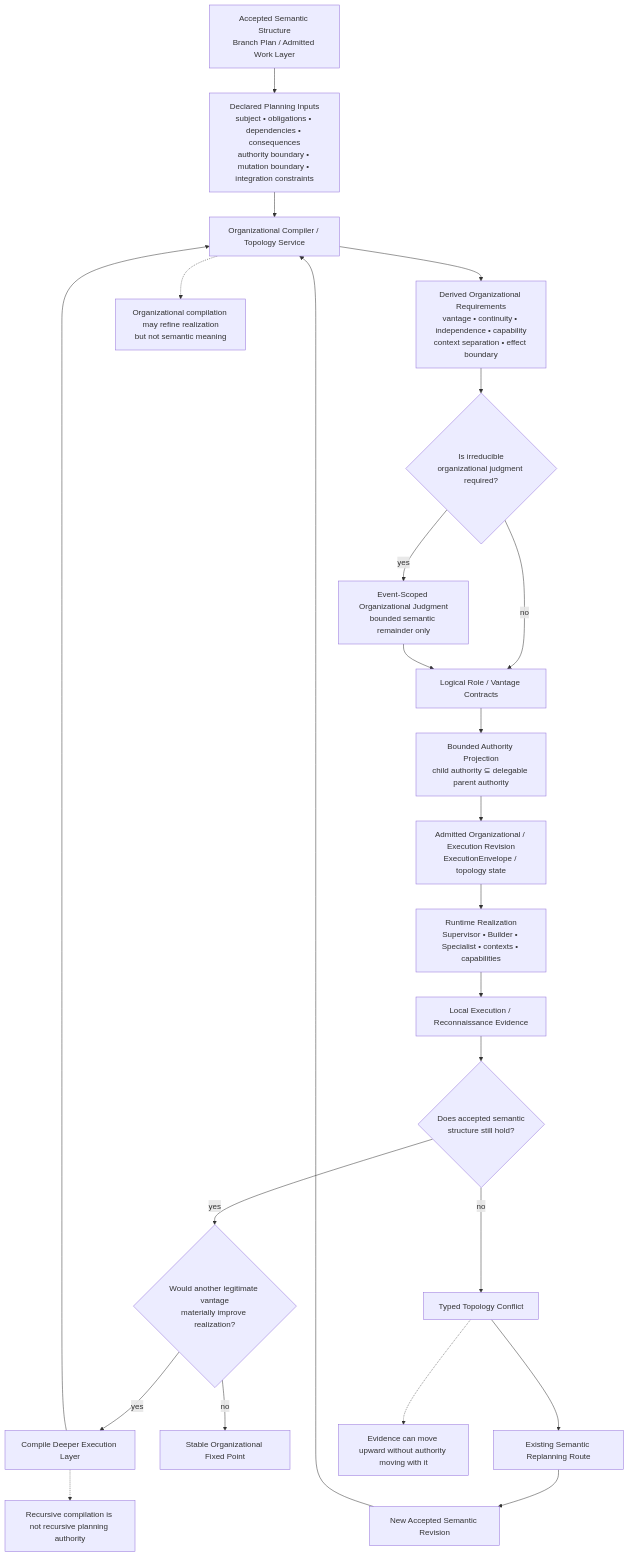
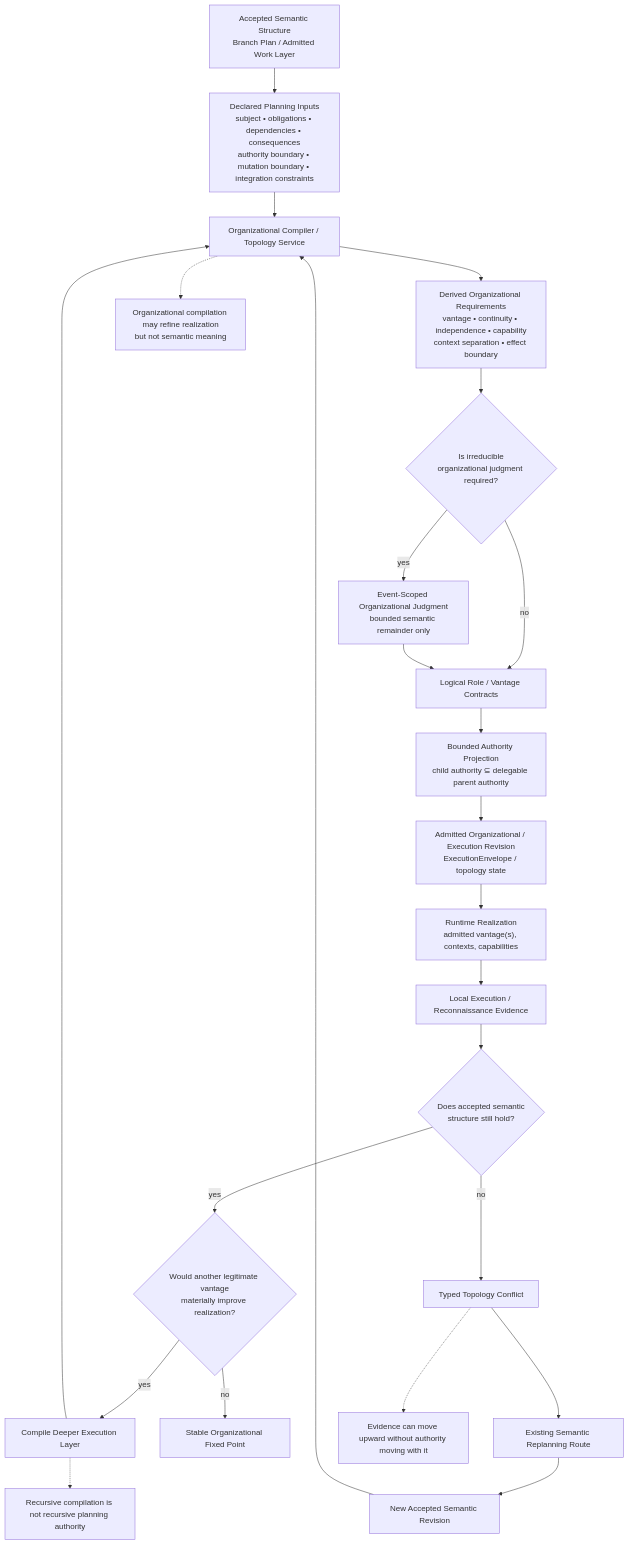
One commit to bline/work-engine changed the diagram in app-server/docs/architecture/organizational-compilation.md. Above: the diagram before and after it, drawn with Mermaid. The commit also changed other lines of this file, not shown here.

````diff
--- a/app-server/docs/architecture/organizational-compilation.md
+++ b/app-server/docs/architecture/organizational-compilation.md
@@ -49,76 +49,76 @@
 ```mermaid
 flowchart TB
 
     PLAN["Accepted Semantic Structure<br/>Branch Plan / Admitted Work Layer"]
 
     INPUTS["Declared Planning Inputs<br/>subject • obligations • dependencies • consequences<br/>authority boundary • mutation boundary • integration constraints"]
 
     COMP["Organizational Compiler / Topology Service"]
 
     REQS["Derived Organizational Requirements<br/>vantage • continuity • independence • capability<br/>context separation • effect boundary"]
 
     DEC{"Is irreducible<br/>organizational judgment required?"}
 
     JIT["Event-Scoped Organizational Judgment<br/>bounded semantic remainder only"]
 
     ROLE["Logical Role / Vantage Contracts"]
 
     AUTH["Bounded Authority Projection<br/>child authority ⊆ delegable parent authority"]
 
     ENV["Admitted Organizational / Execution Revision<br/>ExecutionEnvelope / topology state"]
 
-    RUNTIME["Runtime Realization<br/>Supervisor • Builder • Specialist • contexts • capabilities"]
+    RUNTIME["Runtime Realization<br/>admitted vantage(s), contexts, capabilities"]
 
     EVID["Local Execution / Reconnaissance Evidence"]
 
     VALID{"Does accepted semantic<br/>structure still hold?"}
 
     DEEP{"Would another legitimate vantage<br/>materially improve realization?"}
 
     NEXT["Compile Deeper Execution Layer"]
 
     STOP["Stable Organizational Fixed Point"]
 
     CONFLICT["Typed Topology Conflict"]
 
     REPLAN["Existing Semantic Replanning Route"]
 
     PLAN2["New Accepted Semantic Revision"]
 
     PLAN --> INPUTS
     INPUTS --> COMP
 
     COMP --> REQS
     REQS --> DEC
 
     DEC -- "no" --> ROLE
     DEC -- "yes" --> JIT
     JIT --> ROLE
 
     ROLE --> AUTH
     AUTH --> ENV
     ENV --> RUNTIME
 
     RUNTIME --> EVID
     EVID --> VALID
 
     VALID -- "yes" --> DEEP
 
     DEEP -- "yes" --> NEXT
     NEXT --> COMP
 
     DEEP -- "no" --> STOP
 
     VALID -- "no" --> CONFLICT
     CONFLICT --> REPLAN
     REPLAN --> PLAN2
     PLAN2 --> COMP
 
     NOTE1["Organizational compilation may refine realization<br/>but not semantic meaning"]
     NOTE2["Recursive compilation is not recursive planning authority"]
     NOTE3["Evidence can move upward without authority moving with it"]
 
     COMP -.-> NOTE1
     NEXT -.-> NOTE2
     CONFLICT -.-> NOTE3
 ```
````
